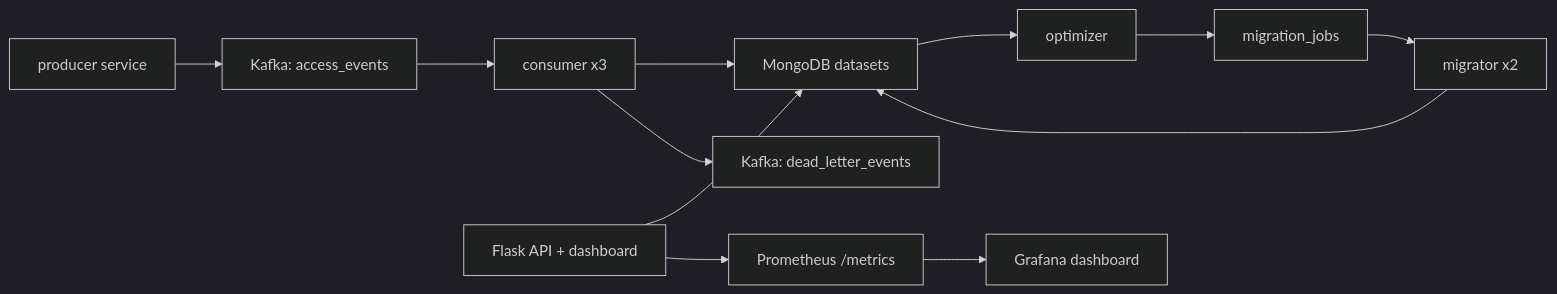
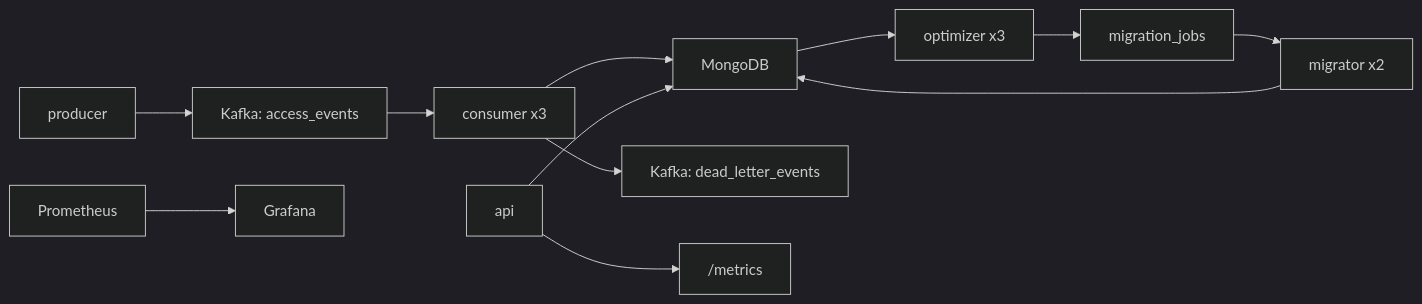
One commit to Aarush-Dubey/CloudTier changed the diagram in README.md. Above: the diagram before and after it, drawn with Mermaid (dark theme). The commit also changed other lines of this file, not shown here.

````diff
--- a/README.md
+++ b/README.md
@@ -77,14 +27,14 @@
 ```mermaid
 flowchart LR
-  Producer["producer service"] --> Kafka["Kafka: access_events"]
-  Kafka --> C1["consumer x3"]
-  C1 --> Mongo["MongoDB datasets"]
-  C1 --> DLQ["Kafka: dead_letter_events"]
-  Mongo --> Optimizer["optimizer"]
+  Producer["producer"] --> Kafka["Kafka: access_events"]
+  Kafka --> Consumer["consumer x3"]
+  Consumer --> Mongo["MongoDB"]
+  Consumer --> DLQ["Kafka: dead_letter_events"]
+  Mongo --> Optimizer["optimizer x3"]
   Optimizer --> Jobs["migration_jobs"]
   Jobs --> Migrator["migrator x2"]
   Migrator --> Mongo
-  API["Flask API + dashboard"] --> Mongo
-  API --> Prom["Prometheus /metrics"]
-  Prom --> Grafana["Grafana dashboard"]
+  API["api"] --> Mongo
+  API --> Metrics["/metrics"]
+  Prometheus["Prometheus"] --> Grafana["Grafana"]
 ```
````
